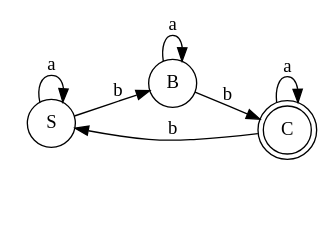
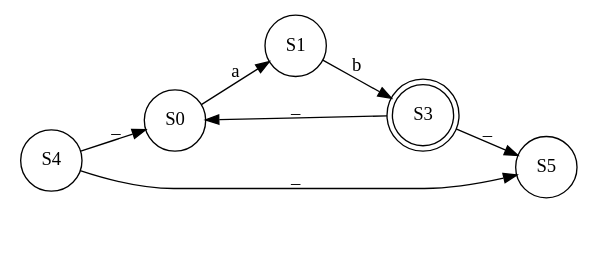
One commit to bobirok/Automata-ALE2 changed the diagram in ALE2/ALE2/bin/Debug/abc.dot. Above: the diagram before and after it, drawn with Graphviz. The commit also changed 34 other files, not shown here.

```diff
--- a/ALE2/ALE2/bin/Debug/abc.dot
+++ b/ALE2/ALE2/bin/Debug/abc.dot
@@ -1,14 +1,16 @@
 digraph myAutomaton {
 rankdir=LR;
 "" [shape=none]
-"S" [shape=circle]
-"B" [shape=circle]
-"C" [shape=doublecircle]
+"S0" [shape=circle]
+"S1" [shape=circle]
+"S3" [shape=doublecircle]
+"S4" [shape=circle]
+"S5" [shape=circle]
 
-"S" -> "S"[label="a"]
-"S" -> "B"[label="b"]
-"C" -> "C"[label="a"]
-"C" -> "S"[label="b"]
-"B" -> "C"[label="b"]
-"B" -> "B"[label="a"]
+"S0" -> "S1"[label="a"]
+"S1" -> "S3"[label="b"]
+"S4" -> "S0"[label="_"]
+"S4" -> "S5"[label="_"]
+"S3" -> "S0"[label="_"]
+"S3" -> "S5"[label="_"]
 }
```
